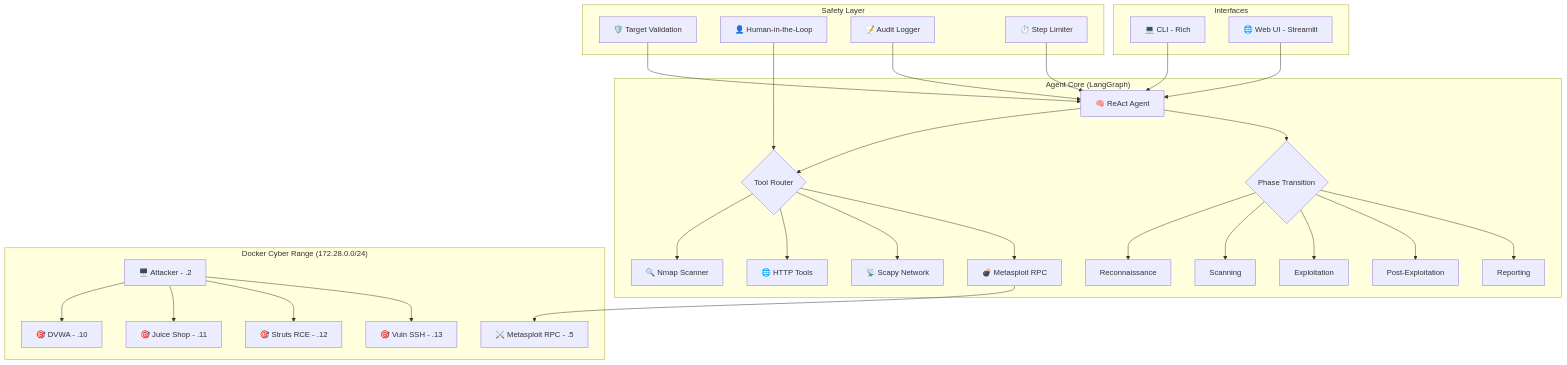
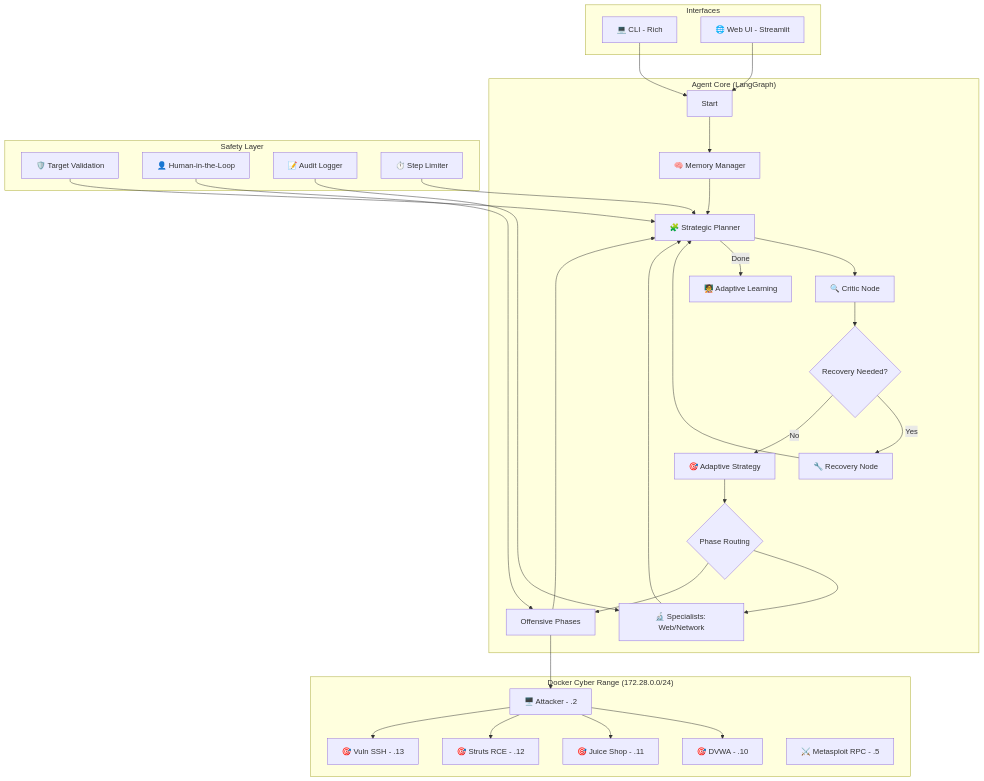
Before and after one commit to Ayyub2110/red_team_agent: the first of 2 diagrams in README.md, drawn with Mermaid. The commit also changed other lines of this file and 15 other files, not shown here.

````diff
--- a/README.md
+++ b/README.md
@@ -29,43 +29,49 @@
 ```mermaid
 graph TB
     subgraph "Agent Core (LangGraph)"
-        A[🧠 ReAct Agent] --> B{Tool Router}
-        B --> C[🔍 Nmap Scanner]
-        B --> D[🌐 HTTP Tools]
-        B --> E[📡 Scapy Network]
-        B --> F[💣 Metasploit RPC]
+        START[Start] --> MM[🧠 Memory Manager]
+        MM --> SP[🧩 Strategic Planner]
         
-        A --> G{Phase Transition}
-        G --> H[Reconnaissance]
-        G --> I[Scanning]
-        G --> J[Exploitation]
-        G --> K[Post-Exploitation]
-        G --> L[Reporting]
+        SP --> Critic[🔍 Critic Node]
+        Critic --> Recov{Recovery Needed?}
+        Recov -->|Yes| RNode[🔧 Recovery Node]
+        RNode --> SP
+        
+        Recov -->|No| AS[🎯 Adaptive Strategy]
+        AS --> Router{Phase Routing}
+        
+        Router --> Specialists[🔬 Specialists: Web/Network]
+        Router --> Phases[Offensive Phases]
+        
+        Specialists --> SP
+        Phases --> SP
+        
+        SP -->|Done| Learn[🧑‍🏫 Adaptive Learning]
     end
 
     subgraph "Safety Layer"
-        M[🛡️ Target Validation] --> A
-        N[👤 Human-in-the-Loop] --> B
-        O[📝 Audit Logger] --> A
-        P[⏱️ Step Limiter] --> A
+        M[🛡️ Target Validation] --> SP
+        N[👤 Human-in-the-Loop] --> Phases
+        O[📝 Audit Logger] --> Specialists
+        P[⏱️ Step Limiter] --> SP
     end
 
     subgraph "Docker Cyber Range (172.28.0.0/24)"
         Q[🖥️ Attacker - .2]
         R[🎯 DVWA - .10]
         S[🎯 Juice Shop - .11]
         T[🎯 Struts RCE - .12]
         U[🎯 Vuln SSH - .13]
         V[⚔️ Metasploit RPC - .5]
     end
 
     subgraph "Interfaces"
         W[💻 CLI - Rich]
         X[🌐 Web UI - Streamlit]
     end
 
-    W --> A
-    X --> A
+    W --> START
+    X --> START
     Q --> R & S & T & U
-    F --> V
+    Phases --> Q
 ```
````
